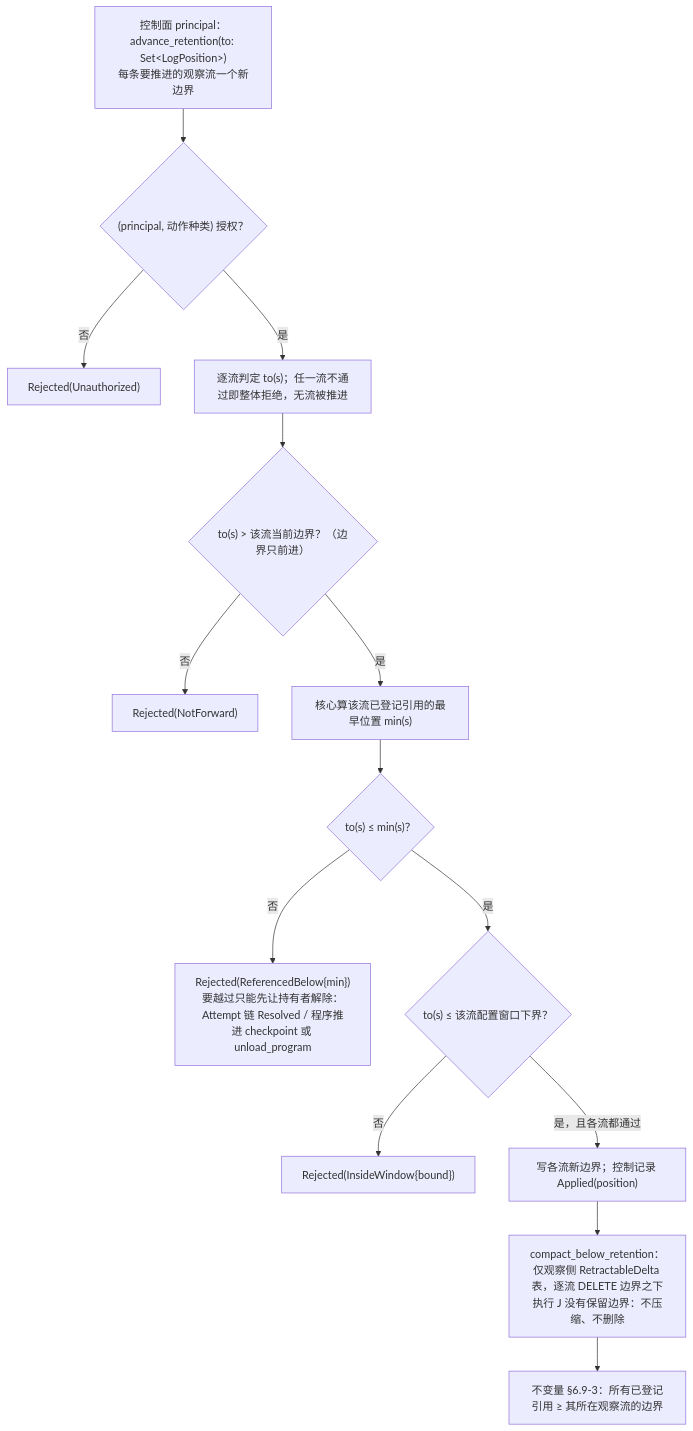
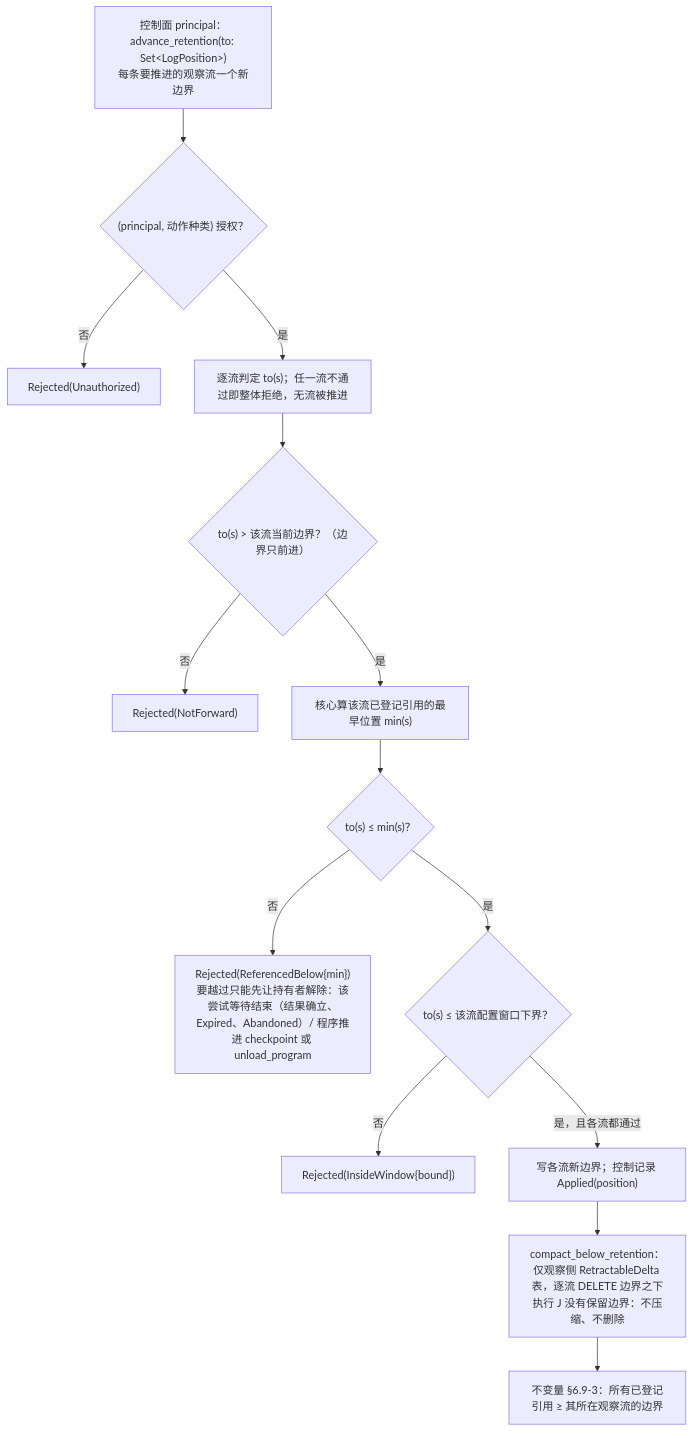
The second of 3 diagrams in design/diagrams/08-retention-and-references.md (mouriya-s-lab/uta), drawn with Mermaid before and after one commit. The commit also changed other lines of this file and 19 other files, not shown here.

Commit message:
design: round-5 integration — program request streams and declared execution-fact inputs, retired-source history readable via delivery-only and execution-fact items, glossary and diagrams aligned, §10 renumbered

````diff
--- a/design/diagrams/08-retention-and-references.md
+++ b/design/diagrams/08-retention-and-references.md
@@ -47,16 +47,16 @@
 ```mermaid
 flowchart TB
   OP["控制面 principal：advance_retention(to: Set&lt;LogPosition&gt;)<br/>每条要推进的观察流一个新边界"] --> AUTH{"(principal, 动作种类) 授权？"}
   AUTH -->|"否"| U["Rejected(Unauthorized)"]
   AUTH -->|"是"| EACH["逐流判定 to(s)；任一流不通过即整体拒绝，无流被推进"]
   EACH --> MONO{"to(s) > 该流当前边界？（边界只前进）"}
   MONO -->|"否"| RJ0["Rejected(NotForward)"]
   MONO -->|"是"| MIN["核心算该流已登记引用的最早位置 min(s)"]
   MIN --> CMP{"to(s) ≤ min(s)？"}
-  CMP -->|"否"| RJ["Rejected(ReferencedBelow{min})<br/>要越过只能先让持有者解除：Attempt 链 Resolved / 程序推进 checkpoint 或 unload_program"]
+  CMP -->|"否"| RJ["Rejected(ReferencedBelow{min})<br/>要越过只能先让持有者解除：该尝试等待结束（结果确立、Expired、Abandoned）/ 程序推进 checkpoint 或 unload_program"]
   CMP -->|"是"| WIN{"to(s) ≤ 该流配置窗口下界？"}
   WIN -->|"否"| RJ2["Rejected(InsideWindow{bound})"]
   WIN -->|"是，且各流都通过"| APPLY["写各流新边界；控制记录 Applied(position)"]
   APPLY --> COMPACT["compact_below_retention：仅观察侧 RetractableDelta 表，逐流 DELETE 边界之下<br/>执行 J 没有保留边界：不压缩、不删除"]
   COMPACT --> INV["不变量 §6.9-3：所有已登记引用 ≥ 其所在观察流的边界"]
 ```
````
